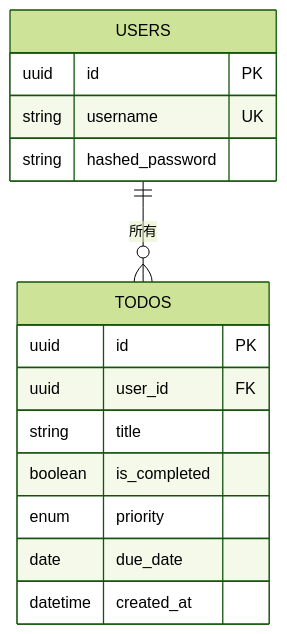
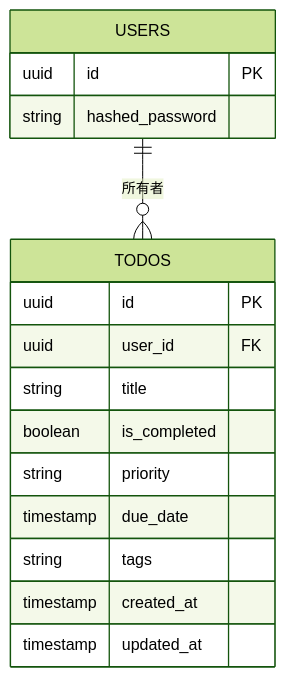
The sixth of 8 diagrams in .qoder/repowiki/ja/content/プロジェクト概要.md (ss8806/Todos), drawn with Mermaid (forest theme) before and after one commit. The commit also changed other lines of this file and 106 other files, not shown here.

````diff
--- a/.qoder/repowiki/ja/content/プロジェクト概要.md
+++ b/.qoder/repowiki/ja/content/プロジェクト概要.md
@@ -194,18 +228,19 @@
 ```mermaid
 erDiagram
 USERS {
 uuid id PK
-string username UK
 string hashed_password
 }
 TODOS {
 uuid id PK
 uuid user_id FK
 string title
 boolean is_completed
-enum priority
-date due_date
-datetime created_at
+string priority
+timestamp due_date
+string tags
+timestamp created_at
+timestamp updated_at
 }
-USERS ||--o{ TODOS : "所有"
+USERS ||--o{ TODOS : "所有者"
 ```
````
